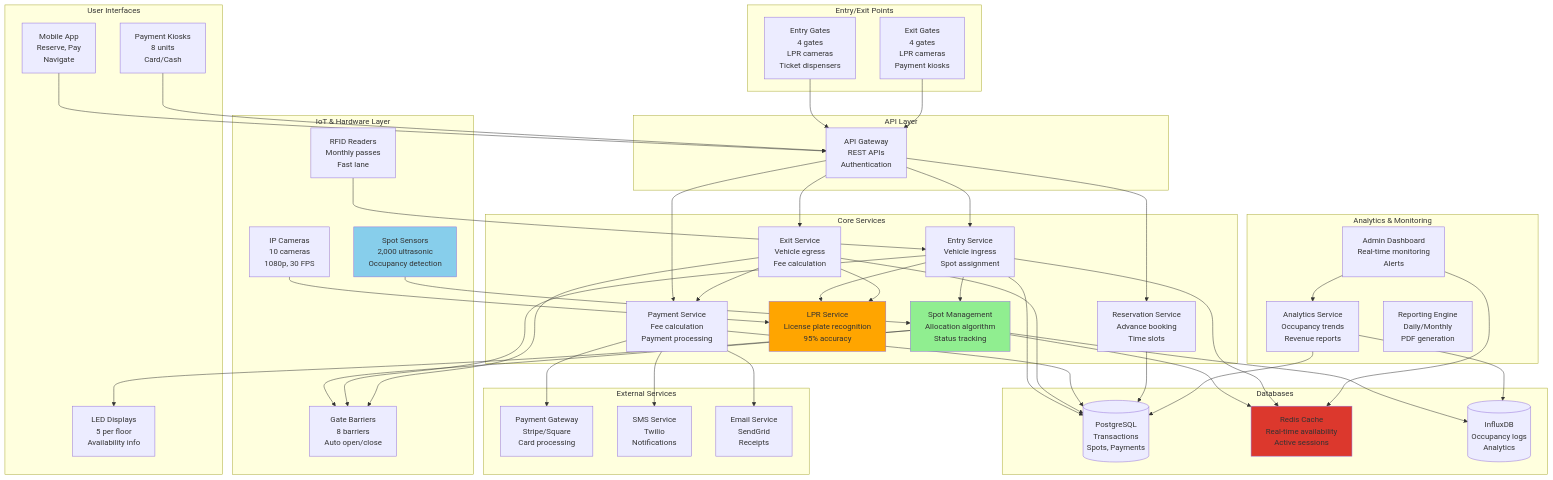
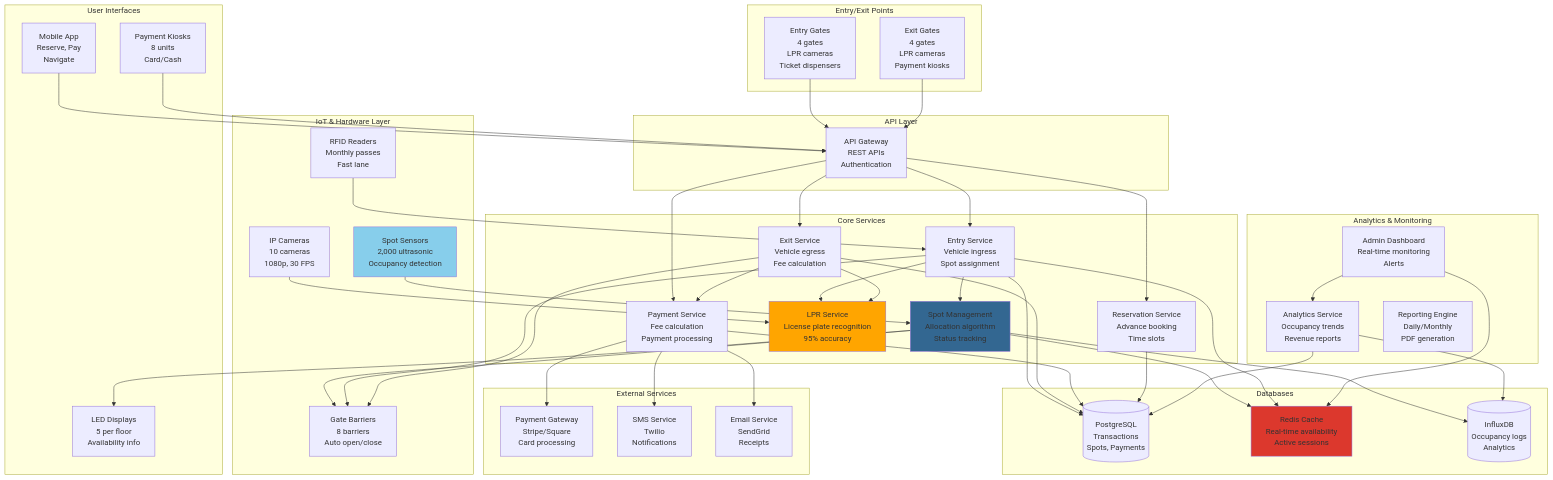
One commit to atulRanaa/problem-solving changed the diagram in Distributed Systems/System Design/Parking Lot System Design.md. Above: the diagram before and after it, drawn with Mermaid. The commit also changed 22 other files, not shown here.

```diff
--- a/Distributed Systems/System Design/Parking Lot System Design.md
+++ b/Distributed Systems/System Design/Parking Lot System Design.md
@@ -883,7 +883,7 @@
     PAYMENT_SVC --> SMS
     PAYMENT_SVC --> EMAIL
     
-    style SPOT_SVC fill:#90EE90
+    style SPOT_SVC fill:#336791
     style REDIS fill:#dc382d
     style LPR_SVC fill:#ffa500
     style SENSORS fill:#87CEEB
```
